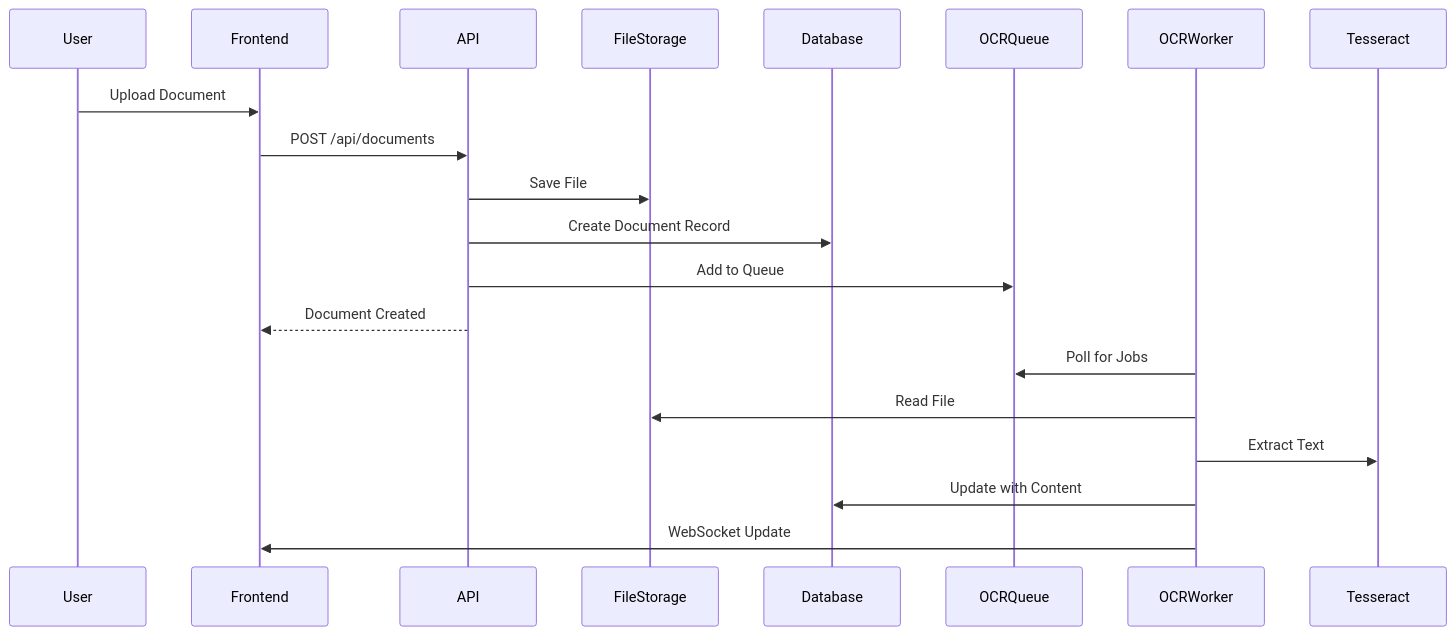
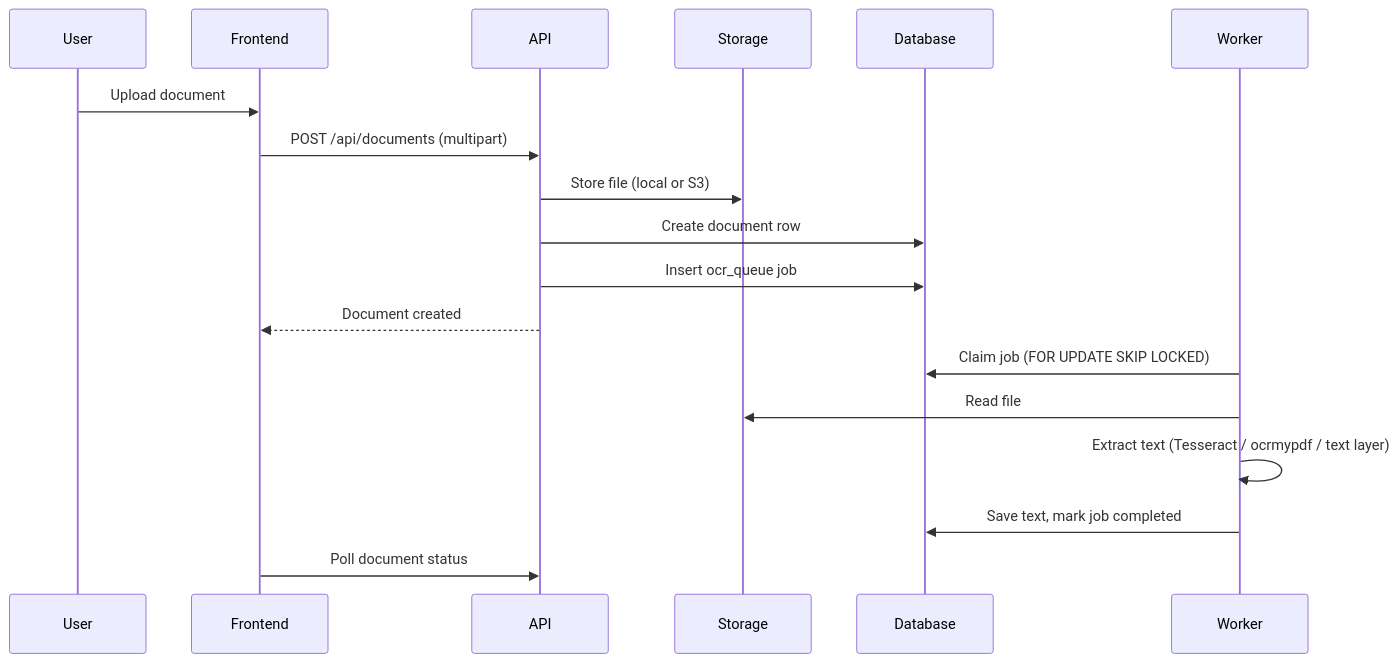
Before and after one commit to readur/readur: the first of 2 diagrams in docs/dev/architecture.md, drawn with Mermaid. The commit also changed other lines of this file and 509 other files, not shown here.

````diff
--- a/docs/dev/architecture.md
+++ b/docs/dev/architecture.md
@@ -163,14 +135,14 @@
 ```mermaid
 sequenceDiagram
-    User->>Frontend: Upload Document
-    Frontend->>API: POST /api/documents
-    API->>FileStorage: Save File
-    API->>Database: Create Document Record
-    API->>OCRQueue: Add to Queue
-    API-->>Frontend: Document Created
-    OCRWorker->>OCRQueue: Poll for Jobs
-    OCRWorker->>FileStorage: Read File
-    OCRWorker->>Tesseract: Extract Text
-    OCRWorker->>Database: Update with Content
-    OCRWorker->>Frontend: WebSocket Update
+    User->>Frontend: Upload document
+    Frontend->>API: POST /api/documents (multipart)
+    API->>Storage: Store file (local or S3)
+    API->>Database: Create document row
+    API->>Database: Insert ocr_queue job
+    API-->>Frontend: Document created
+    Worker->>Database: Claim job (FOR UPDATE SKIP LOCKED)
+    Worker->>Storage: Read file
+    Worker->>Worker: Extract text (Tesseract / ocrmypdf / text layer)
+    Worker->>Database: Save text, mark job completed
+    Frontend->>API: Poll document status
 ```
````
